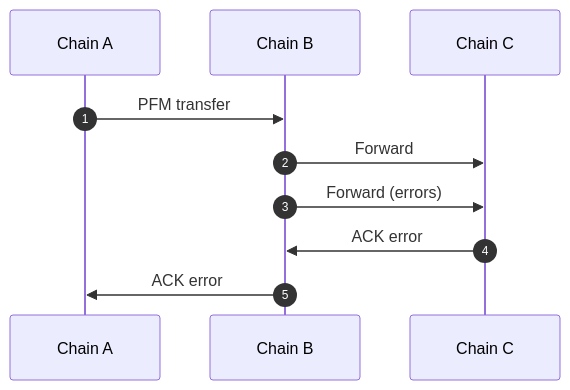
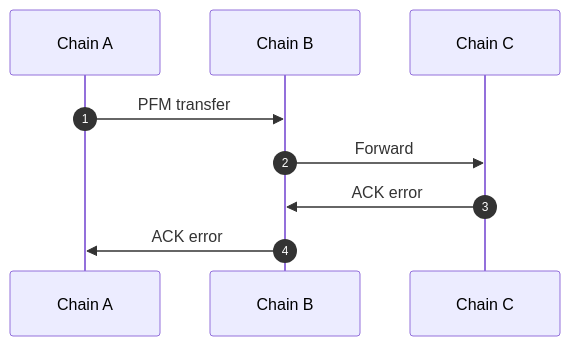
One commit to cosmos/docs changed the second of 5 diagrams in ibc/latest/middleware/packet-forward-middleware/example-usage.mdx. Above: the diagram before and after it, drawn with Mermaid. The commit also changed other lines of this file and 3 other files, not shown here.

````diff
--- a/ibc/latest/middleware/packet-forward-middleware/example-usage.mdx
+++ b/ibc/latest/middleware/packet-forward-middleware/example-usage.mdx
@@ -41,9 +41,8 @@
 ```mermaid
 sequenceDiagram
     autonumber
     Chain A ->> Chain B: PFM transfer
     Chain B ->> Chain C: Forward
-    Chain B ->> Chain C: Forward (errors)
     Chain C ->> Chain B:  ACK error
     Chain B ->> Chain A:  ACK error
 ```
````
